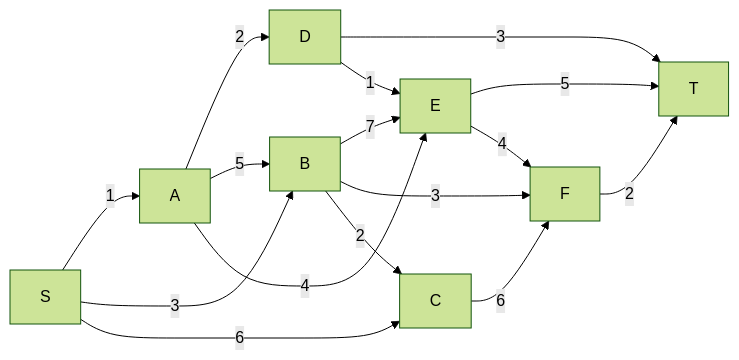
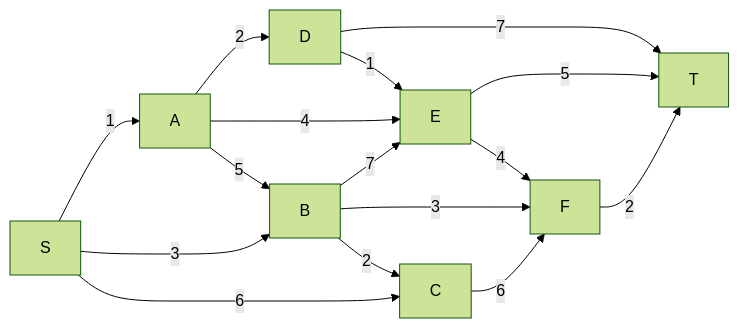
The first of 2 diagrams in Atv/atv10.md (azmovi/AED-2), drawn with Mermaid (forest theme) before and after one commit. The commit also changed other lines of this file, not shown here.

````diff
--- a/Atv/atv10.md
+++ b/Atv/atv10.md
@@ -35,18 +35,18 @@
 ```mermaid 
 graph LR
     S-->|1|A
     A-->|2|D
+    A-->|4|E
     A-->|5|B
-    A-->|4|E
+    S-->|3|B
     B-->|7|E
-    S-->|3|B
+    B-->|3|F
     S-->|6|C
-    B-->|3|F
+    C-->|6|F
     B-->|2|C
-    C-->|6|F
-    D-->|3|T
+    D-->|7|T
     D-->|1|E
     E-->|5|T
     E-->|4|F
     F-->|2|T
 ```
````
